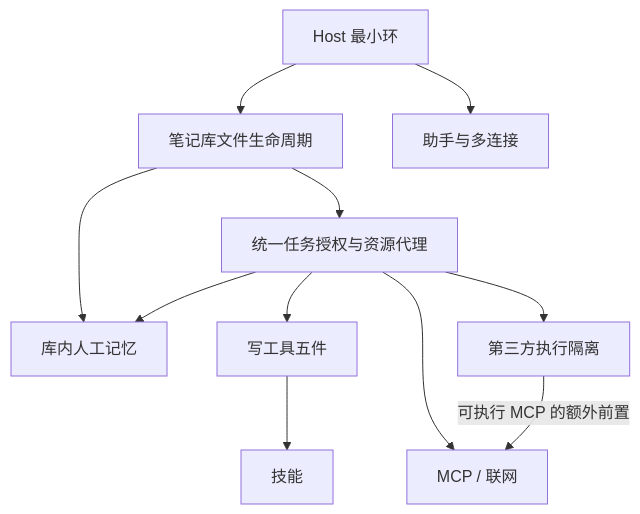
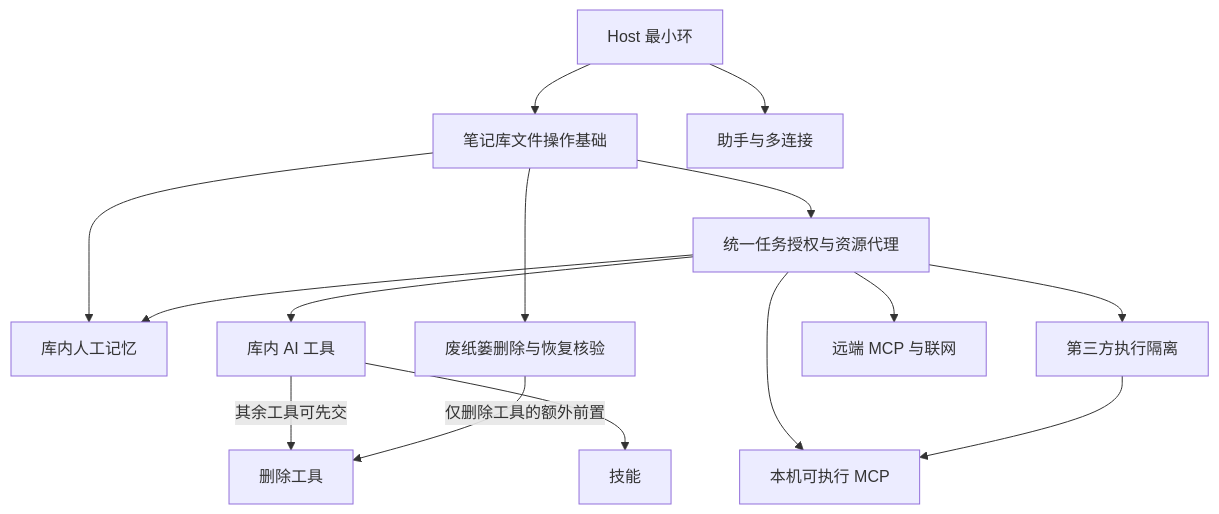
Before and after one commit to skahanium/Rgent: the diagram in docs/build.md, drawn with Mermaid. The commit also changed other lines of this file and 8 other files, not shown here.

````diff
--- a/docs/build.md
+++ b/docs/build.md
@@ -63,13 +84,17 @@
 ```mermaid
 flowchart TD
-  Host[Host 最小环] --> Lifecycle[笔记库文件生命周期]
+  Host[Host 最小环] --> Lifecycle[笔记库文件操作基础]
   Host --> Assistant[助手与多连接]
   Lifecycle --> Gate[统一任务授权与资源代理]
   Lifecycle --> Memory[库内人工记忆]
   Gate --> Memory
-  Gate --> Tools[写工具五件]
+  Gate --> Tools[库内 AI 工具]
+  Lifecycle --> Trash[废纸篓删除与恢复核验]
+  Tools -->|其余工具可先交| Delete[删除工具]
+  Trash -->|仅删除工具的额外前置| Delete
   Tools --> Skills[技能]
   Gate --> Isolation[第三方执行隔离]
-  Gate --> External[MCP / 联网]
-  Isolation -->|可执行 MCP 的额外前置| External
+  Gate --> Remote[远端 MCP 与联网]
+  Gate --> Local[本机可执行 MCP]
+  Isolation --> Local
 ```
````
